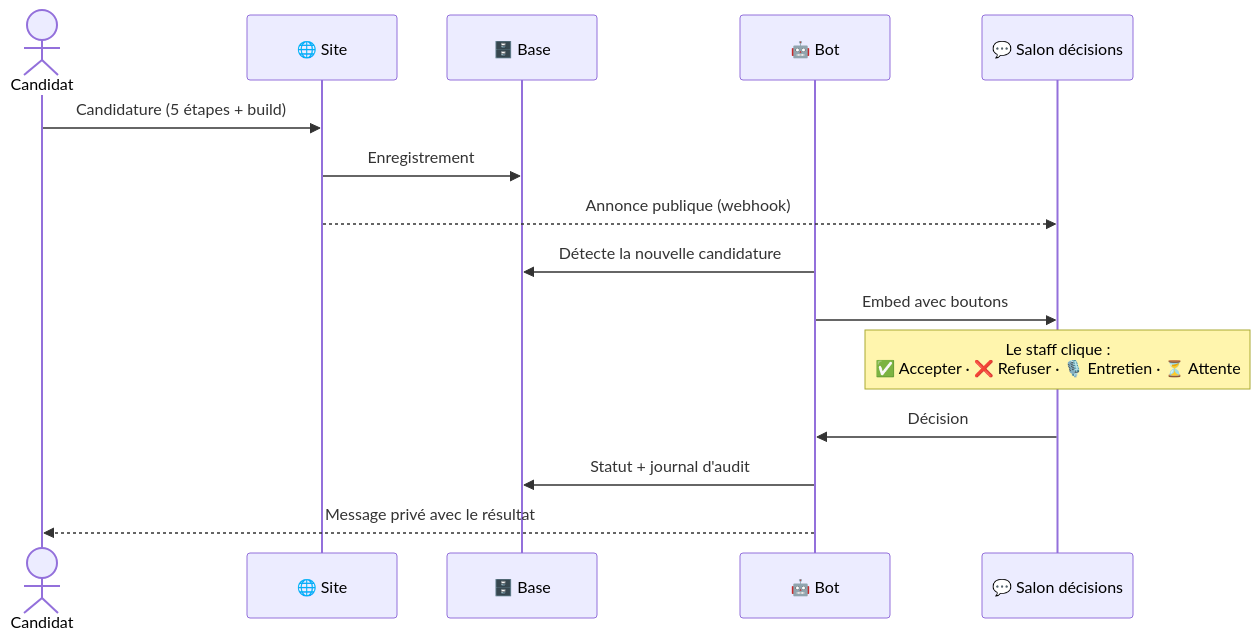
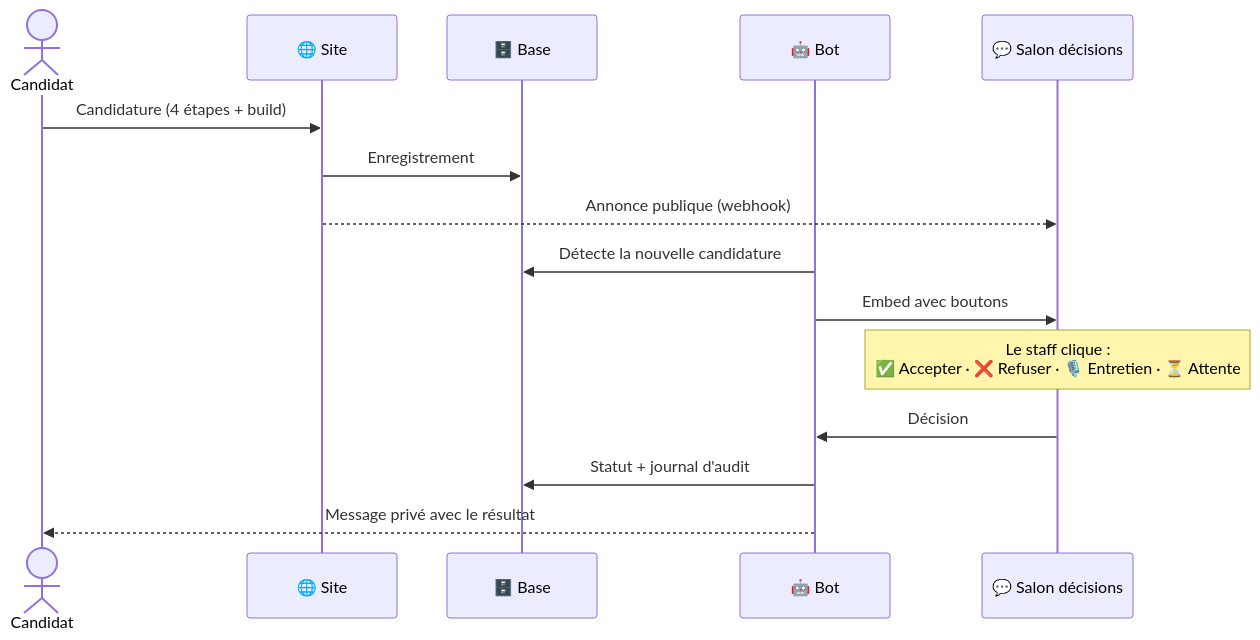
Before and after one commit to maximedespaux/vanguardmmo: the second of 3 diagrams in README.md, drawn with Mermaid. The commit also changed other lines of this file and 45 other files, not shown here.

````diff
--- a/README.md
+++ b/README.md
@@ -100,18 +100,18 @@
 ```mermaid
 sequenceDiagram
     actor C as Candidat
     participant S as 🌐 Site
     participant B as 🗄️ Base
     participant T as 🤖 Bot
     participant D as 💬 Salon décisions
 
-    C->>S: Candidature (5 étapes + build)
+    C->>S: Candidature (4 étapes + build)
     S->>B: Enregistrement
     S-->>D: Annonce publique (webhook)
     T->>B: Détecte la nouvelle candidature
     T->>D: Embed avec boutons
     Note over D: Le staff clique :<br/>✅ Accepter · ❌ Refuser · 🎙️ Entretien · ⏳ Attente
     D->>T: Décision
     T->>B: Statut + journal d'audit
     T-->>C: Message privé avec le résultat
 ```
````
